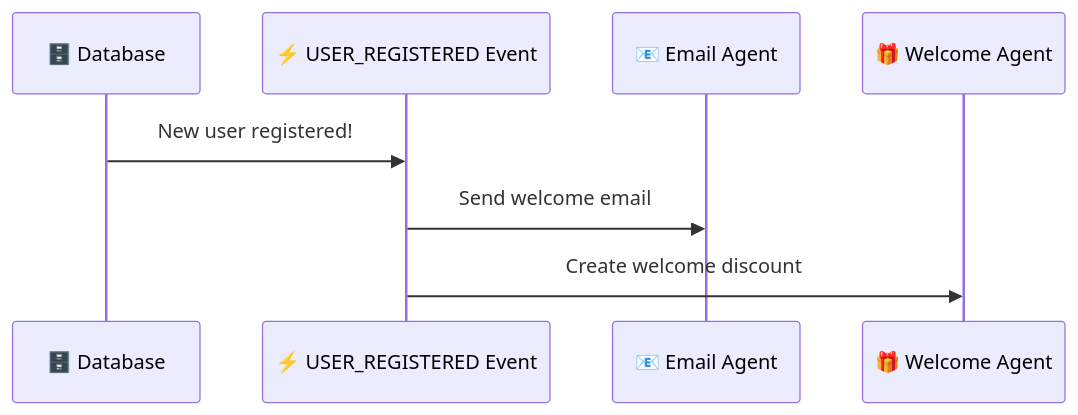
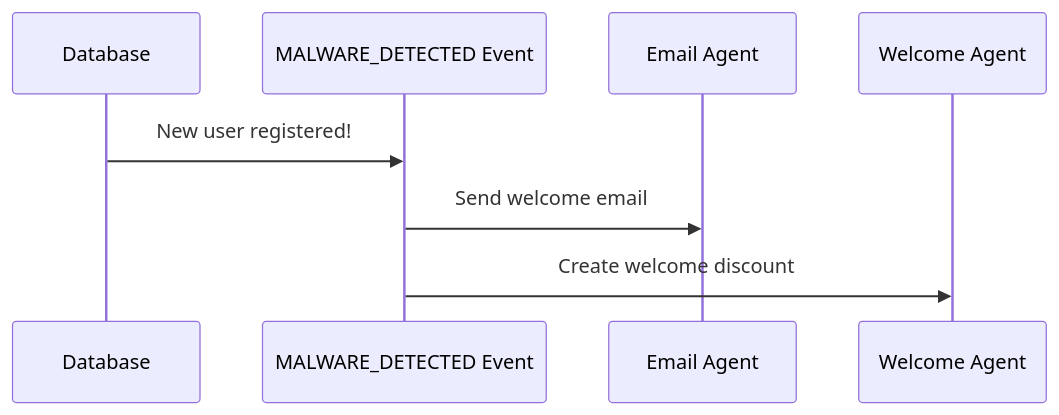
Before and after one commit to Sujalkathait/-AI-Agent-Security-Playbook.: diagram 14 of 53 in AI Agent Communication.md, drawn with Mermaid. The commit also changed other lines of this file and 2 other files, not shown here.

````diff
--- a/AI Agent Communication.md
+++ b/AI Agent Communication.md
@@ -435,11 +435,11 @@
 ```mermaid
 sequenceDiagram
-    participant DB as 🗄️ Database
-    participant Event as ⚡ USER_REGISTERED Event
-    participant Email as 📧 Email Agent
-    participant Welcome as 🎁 Welcome Agent
+  participant DB as Database
+  participant Event as MALWARE_DETECTED Event
+  participant Email as Email Agent
+  participant Welcome as Welcome Agent
 
-    DB->>Event: New user registered!
-    Event->>Email: Send welcome email
-    Event->>Welcome: Create welcome discount
+  DB->>Event: New user registered!
+  Event->>Email: Send welcome email
+  Event->>Welcome: Create welcome discount
 ```
````
